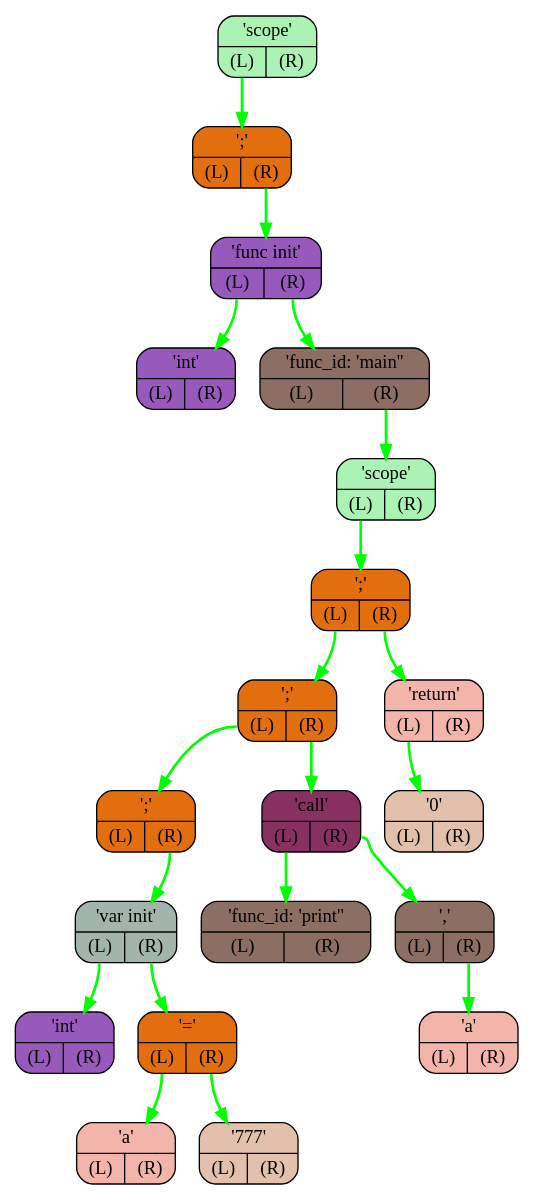
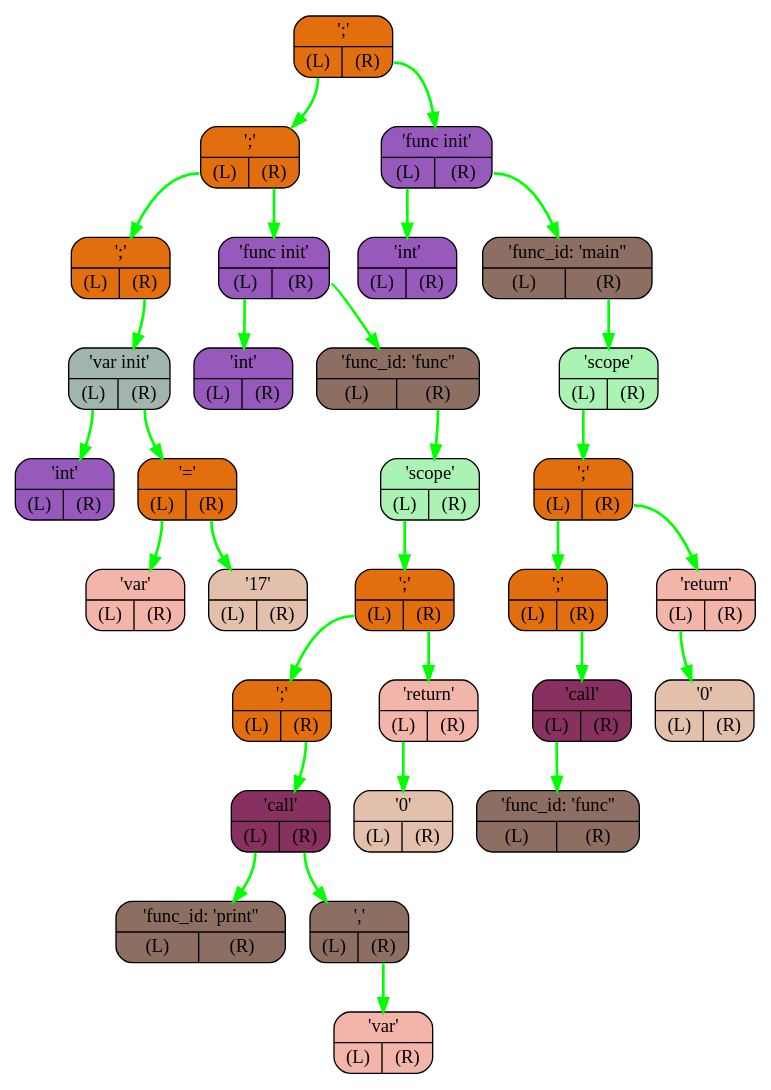
One commit to I1Va/OptimaLang changed the diagram in FrontEnd/logs/graph.dot. Above: the diagram before and after it, drawn with Graphviz. The commit also changed 16 other files, not shown here.

```diff
--- a/FrontEnd/logs/graph.dot
+++ b/FrontEnd/logs/graph.dot
@@ -1,42 +1,62 @@
 digraph G{
     rankdir=TB;
-    NODE0x7ffc13ab4738[shape="Mrecord",color="black",fillcolor="#aaf3b4",style="filled",label="{'scope' | {<L> (L) | <R> (R)}}"]
-    NODE0x7ffc13ab4760[shape="Mrecord",color="black",fillcolor="#e26e0e",style="filled",label="{';' | {<L> (L) | <R> (R)}}"]
-    NODE0x7ffc13ab4788[shape="Mrecord",color="black",fillcolor="#975abc",style="filled",label="{'func init' | {<L> (L) | <R> (R)}}"]
-    NODE0x7ffc13ab47b0[shape="Mrecord",color="black",fillcolor="#975abc",style="filled",label="{'int' | {<L> (L) | <R> (R)}}"]
-    NODE0x7ffc13ab47d8[shape="Mrecord",color="black",fillcolor="#8d6e63",style="filled",label="{'func_id: 'main'' | {<L> (L) | <R> (R)}}"]
-    NODE0x7ffc13ab4800[shape="Mrecord",color="black",fillcolor="#aaf3b4",style="filled",label="{'scope' | {<L> (L) | <R> (R)}}"]
-    NODE0x7ffc13ab4828[shape="Mrecord",color="black",fillcolor="#e26e0e",style="filled",label="{';' | {<L> (L) | <R> (R)}}"]
-    NODE0x7ffc13ab4850[shape="Mrecord",color="black",fillcolor="#e26e0e",style="filled",label="{';' | {<L> (L) | <R> (R)}}"]
-    NODE0x7ffc13ab4878[shape="Mrecord",color="black",fillcolor="#e26e0e",style="filled",label="{';' | {<L> (L) | <R> (R)}}"]
-    NODE0x7ffc13ab48a0[shape="Mrecord",color="black",fillcolor="#a1b5ac",style="filled",label="{'var init' | {<L> (L) | <R> (R)}}"]
-    NODE0x7ffc13ab48c8[shape="Mrecord",color="black",fillcolor="#975abc",style="filled",label="{'int' | {<L> (L) | <R> (R)}}"]
-    NODE0x7ffc13ab48f0[shape="Mrecord",color="black",fillcolor="#e26e0e",style="filled",label="{'=' | {<L> (L) | <R> (R)}}"]
-    NODE0x7ffc13ab4918[shape="Mrecord",color="black",fillcolor="#f3b4aa",style="filled",label="{'a' | {<L> (L) | <R> (R)}}"]
-    NODE0x7ffc13ab4940[shape="Mrecord",color="black",fillcolor="#e3c0ab",style="filled",label="{'777' | {<L> (L) | <R> (R)}}"]
-    NODE0x7ffc13ab4968[shape="Mrecord",color="black",fillcolor="#883060",style="filled",label="{'call' | {<L> (L) | <R> (R)}}"]
-    NODE0x7ffc13ab4990[shape="Mrecord",color="black",fillcolor="#8d6e63",style="filled",label="{'func_id: 'print'' | {<L> (L) | <R> (R)}}"]
-    NODE0x7ffc13ab49b8[shape="Mrecord",color="black",fillcolor="#8d6e63",style="filled",label="{',' | {<L> (L) | <R> (R)}}"]
-    NODE0x7ffc13ab49e0[shape="Mrecord",color="black",fillcolor="#f3b4aa",style="filled",label="{'a' | {<L> (L) | <R> (R)}}"]
-    NODE0x7ffc13ab4a08[shape="Mrecord",color="black",fillcolor="#f3b4aa",style="filled",label="{'return' | {<L> (L) | <R> (R)}}"]
-    NODE0x7ffc13ab4a30[shape="Mrecord",color="black",fillcolor="#e3c0ab",style="filled",label="{'0' | {<L> (L) | <R> (R)}}"]
-    NODE0x7ffc13ab48f0:L-> NODE0x7ffc13ab4918 [color="#00FF00",penwidth=2,label=""]
-    NODE0x7ffc13ab48f0:R-> NODE0x7ffc13ab4940 [color="#00FF00",penwidth=2,label=""]
-    NODE0x7ffc13ab48a0:L-> NODE0x7ffc13ab48c8 [color="#00FF00",penwidth=2,label=""]
-    NODE0x7ffc13ab48a0:R-> NODE0x7ffc13ab48f0 [color="#00FF00",penwidth=2,label=""]
-    NODE0x7ffc13ab4878:R-> NODE0x7ffc13ab48a0 [color="#00FF00",penwidth=2,label=""]
-    NODE0x7ffc13ab49b8:R-> NODE0x7ffc13ab49e0 [color="#00FF00",penwidth=2,label=""]
-    NODE0x7ffc13ab4968:L-> NODE0x7ffc13ab4990 [color="#00FF00",penwidth=2,label=""]
-    NODE0x7ffc13ab4968:R-> NODE0x7ffc13ab49b8 [color="#00FF00",penwidth=2,label=""]
-    NODE0x7ffc13ab4850:L-> NODE0x7ffc13ab4878 [color="#00FF00",penwidth=2,label=""]
-    NODE0x7ffc13ab4850:R-> NODE0x7ffc13ab4968 [color="#00FF00",penwidth=2,label=""]
-    NODE0x7ffc13ab4a08:L-> NODE0x7ffc13ab4a30 [color="#00FF00",penwidth=2,label=""]
-    NODE0x7ffc13ab4828:L-> NODE0x7ffc13ab4850 [color="#00FF00",penwidth=2,label=""]
-    NODE0x7ffc13ab4828:R-> NODE0x7ffc13ab4a08 [color="#00FF00",penwidth=2,label=""]
-    NODE0x7ffc13ab4800:L-> NODE0x7ffc13ab4828 [color="#00FF00",penwidth=2,label=""]
-    NODE0x7ffc13ab47d8:R-> NODE0x7ffc13ab4800 [color="#00FF00",penwidth=2,label=""]
-    NODE0x7ffc13ab4788:L-> NODE0x7ffc13ab47b0 [color="#00FF00",penwidth=2,label=""]
-    NODE0x7ffc13ab4788:R-> NODE0x7ffc13ab47d8 [color="#00FF00",penwidth=2,label=""]
-    NODE0x7ffc13ab4760:R-> NODE0x7ffc13ab4788 [color="#00FF00",penwidth=2,label=""]
-    NODE0x7ffc13ab4738:L-> NODE0x7ffc13ab4760 [color="#00FF00",penwidth=2,label=""]
+    NODE0x7ffee3ba3878[shape="Mrecord",color="black",fillcolor="#e26e0e",style="filled",label="{';' | {<L> (L) | <R> (R)}}"]
+    NODE0x7ffee3ba38a0[shape="Mrecord",color="black",fillcolor="#e26e0e",style="filled",label="{';' | {<L> (L) | <R> (R)}}"]
+    NODE0x7ffee3ba38c8[shape="Mrecord",color="black",fillcolor="#e26e0e",style="filled",label="{';' | {<L> (L) | <R> (R)}}"]
+    NODE0x7ffee3ba38f0[shape="Mrecord",color="black",fillcolor="#a1b5ac",style="filled",label="{'var init' | {<L> (L) | <R> (R)}}"]
+    NODE0x7ffee3ba3918[shape="Mrecord",color="black",fillcolor="#975abc",style="filled",label="{'int' | {<L> (L) | <R> (R)}}"]
+    NODE0x7ffee3ba3940[shape="Mrecord",color="black",fillcolor="#e26e0e",style="filled",label="{'=' | {<L> (L) | <R> (R)}}"]
+    NODE0x7ffee3ba3968[shape="Mrecord",color="black",fillcolor="#f3b4aa",style="filled",label="{'var' | {<L> (L) | <R> (R)}}"]
+    NODE0x7ffee3ba3990[shape="Mrecord",color="black",fillcolor="#e3c0ab",style="filled",label="{'17' | {<L> (L) | <R> (R)}}"]
+    NODE0x7ffee3ba39b8[shape="Mrecord",color="black",fillcolor="#975abc",style="filled",label="{'func init' | {<L> (L) | <R> (R)}}"]
+    NODE0x7ffee3ba39e0[shape="Mrecord",color="black",fillcolor="#975abc",style="filled",label="{'int' | {<L> (L) | <R> (R)}}"]
+    NODE0x7ffee3ba3a08[shape="Mrecord",color="black",fillcolor="#8d6e63",style="filled",label="{'func_id: 'func'' | {<L> (L) | <R> (R)}}"]
+    NODE0x7ffee3ba3a30[shape="Mrecord",color="black",fillcolor="#aaf3b4",style="filled",label="{'scope' | {<L> (L) | <R> (R)}}"]
+    NODE0x7ffee3ba3a58[shape="Mrecord",color="black",fillcolor="#e26e0e",style="filled",label="{';' | {<L> (L) | <R> (R)}}"]
+    NODE0x7ffee3ba3a80[shape="Mrecord",color="black",fillcolor="#e26e0e",style="filled",label="{';' | {<L> (L) | <R> (R)}}"]
+    NODE0x7ffee3ba3aa8[shape="Mrecord",color="black",fillcolor="#883060",style="filled",label="{'call' | {<L> (L) | <R> (R)}}"]
+    NODE0x7ffee3ba3ad0[shape="Mrecord",color="black",fillcolor="#8d6e63",style="filled",label="{'func_id: 'print'' | {<L> (L) | <R> (R)}}"]
+    NODE0x7ffee3ba3af8[shape="Mrecord",color="black",fillcolor="#8d6e63",style="filled",label="{',' | {<L> (L) | <R> (R)}}"]
+    NODE0x7ffee3ba3b20[shape="Mrecord",color="black",fillcolor="#f3b4aa",style="filled",label="{'var' | {<L> (L) | <R> (R)}}"]
+    NODE0x7ffee3ba3b48[shape="Mrecord",color="black",fillcolor="#f3b4aa",style="filled",label="{'return' | {<L> (L) | <R> (R)}}"]
+    NODE0x7ffee3ba3b70[shape="Mrecord",color="black",fillcolor="#e3c0ab",style="filled",label="{'0' | {<L> (L) | <R> (R)}}"]
+    NODE0x7ffee3ba3b98[shape="Mrecord",color="black",fillcolor="#975abc",style="filled",label="{'func init' | {<L> (L) | <R> (R)}}"]
+    NODE0x7ffee3ba3bc0[shape="Mrecord",color="black",fillcolor="#975abc",style="filled",label="{'int' | {<L> (L) | <R> (R)}}"]
+    NODE0x7ffee3ba3be8[shape="Mrecord",color="black",fillcolor="#8d6e63",style="filled",label="{'func_id: 'main'' | {<L> (L) | <R> (R)}}"]
+    NODE0x7ffee3ba3c10[shape="Mrecord",color="black",fillcolor="#aaf3b4",style="filled",label="{'scope' | {<L> (L) | <R> (R)}}"]
+    NODE0x7ffee3ba3c38[shape="Mrecord",color="black",fillcolor="#e26e0e",style="filled",label="{';' | {<L> (L) | <R> (R)}}"]
+    NODE0x7ffee3ba3c60[shape="Mrecord",color="black",fillcolor="#e26e0e",style="filled",label="{';' | {<L> (L) | <R> (R)}}"]
+    NODE0x7ffee3ba3c88[shape="Mrecord",color="black",fillcolor="#883060",style="filled",label="{'call' | {<L> (L) | <R> (R)}}"]
+    NODE0x7ffee3ba3cb0[shape="Mrecord",color="black",fillcolor="#8d6e63",style="filled",label="{'func_id: 'func'' | {<L> (L) | <R> (R)}}"]
+    NODE0x7ffee3ba3cd8[shape="Mrecord",color="black",fillcolor="#f3b4aa",style="filled",label="{'return' | {<L> (L) | <R> (R)}}"]
+    NODE0x7ffee3ba3d00[shape="Mrecord",color="black",fillcolor="#e3c0ab",style="filled",label="{'0' | {<L> (L) | <R> (R)}}"]
+    NODE0x7ffee3ba3940:L-> NODE0x7ffee3ba3968 [color="#00FF00",penwidth=2,label=""]
+    NODE0x7ffee3ba3940:R-> NODE0x7ffee3ba3990 [color="#00FF00",penwidth=2,label=""]
+    NODE0x7ffee3ba38f0:L-> NODE0x7ffee3ba3918 [color="#00FF00",penwidth=2,label=""]
+    NODE0x7ffee3ba38f0:R-> NODE0x7ffee3ba3940 [color="#00FF00",penwidth=2,label=""]
+    NODE0x7ffee3ba38c8:R-> NODE0x7ffee3ba38f0 [color="#00FF00",penwidth=2,label=""]
+    NODE0x7ffee3ba3af8:R-> NODE0x7ffee3ba3b20 [color="#00FF00",penwidth=2,label=""]
+    NODE0x7ffee3ba3aa8:L-> NODE0x7ffee3ba3ad0 [color="#00FF00",penwidth=2,label=""]
+    NODE0x7ffee3ba3aa8:R-> NODE0x7ffee3ba3af8 [color="#00FF00",penwidth=2,label=""]
+    NODE0x7ffee3ba3a80:R-> NODE0x7ffee3ba3aa8 [color="#00FF00",penwidth=2,label=""]
+    NODE0x7ffee3ba3b48:L-> NODE0x7ffee3ba3b70 [color="#00FF00",penwidth=2,label=""]
+    NODE0x7ffee3ba3a58:L-> NODE0x7ffee3ba3a80 [color="#00FF00",penwidth=2,label=""]
+    NODE0x7ffee3ba3a58:R-> NODE0x7ffee3ba3b48 [color="#00FF00",penwidth=2,label=""]
+    NODE0x7ffee3ba3a30:L-> NODE0x7ffee3ba3a58 [color="#00FF00",penwidth=2,label=""]
+    NODE0x7ffee3ba3a08:R-> NODE0x7ffee3ba3a30 [color="#00FF00",penwidth=2,label=""]
+    NODE0x7ffee3ba39b8:L-> NODE0x7ffee3ba39e0 [color="#00FF00",penwidth=2,label=""]
+    NODE0x7ffee3ba39b8:R-> NODE0x7ffee3ba3a08 [color="#00FF00",penwidth=2,label=""]
+    NODE0x7ffee3ba38a0:L-> NODE0x7ffee3ba38c8 [color="#00FF00",penwidth=2,label=""]
+    NODE0x7ffee3ba38a0:R-> NODE0x7ffee3ba39b8 [color="#00FF00",penwidth=2,label=""]
+    NODE0x7ffee3ba3c88:L-> NODE0x7ffee3ba3cb0 [color="#00FF00",penwidth=2,label=""]
+    NODE0x7ffee3ba3c60:R-> NODE0x7ffee3ba3c88 [color="#00FF00",penwidth=2,label=""]
+    NODE0x7ffee3ba3cd8:L-> NODE0x7ffee3ba3d00 [color="#00FF00",penwidth=2,label=""]
+    NODE0x7ffee3ba3c38:L-> NODE0x7ffee3ba3c60 [color="#00FF00",penwidth=2,label=""]
+    NODE0x7ffee3ba3c38:R-> NODE0x7ffee3ba3cd8 [color="#00FF00",penwidth=2,label=""]
+    NODE0x7ffee3ba3c10:L-> NODE0x7ffee3ba3c38 [color="#00FF00",penwidth=2,label=""]
+    NODE0x7ffee3ba3be8:R-> NODE0x7ffee3ba3c10 [color="#00FF00",penwidth=2,label=""]
+    NODE0x7ffee3ba3b98:L-> NODE0x7ffee3ba3bc0 [color="#00FF00",penwidth=2,label=""]
+    NODE0x7ffee3ba3b98:R-> NODE0x7ffee3ba3be8 [color="#00FF00",penwidth=2,label=""]
+    NODE0x7ffee3ba3878:L-> NODE0x7ffee3ba38a0 [color="#00FF00",penwidth=2,label=""]
+    NODE0x7ffee3ba3878:R-> NODE0x7ffee3ba3b98 [color="#00FF00",penwidth=2,label=""]
 }
```
